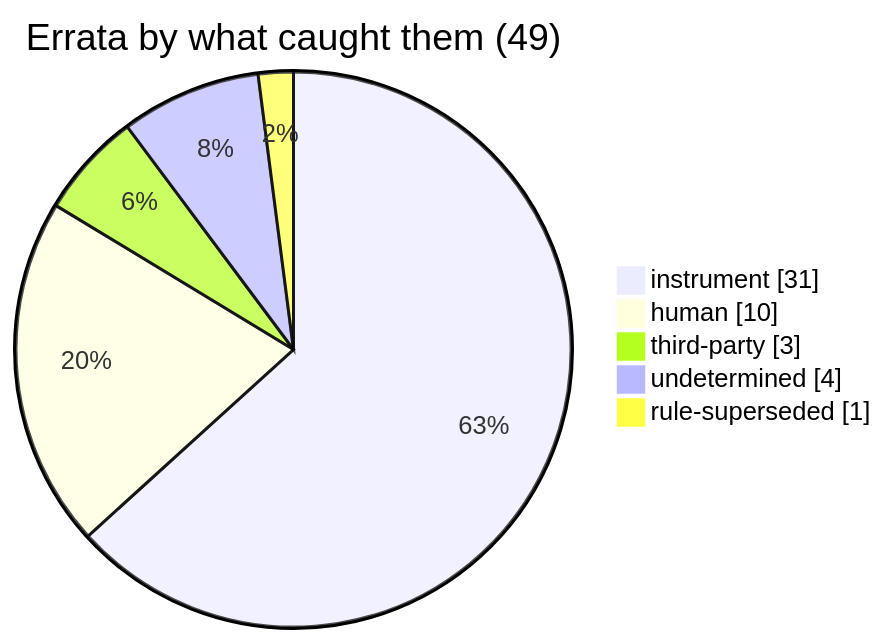
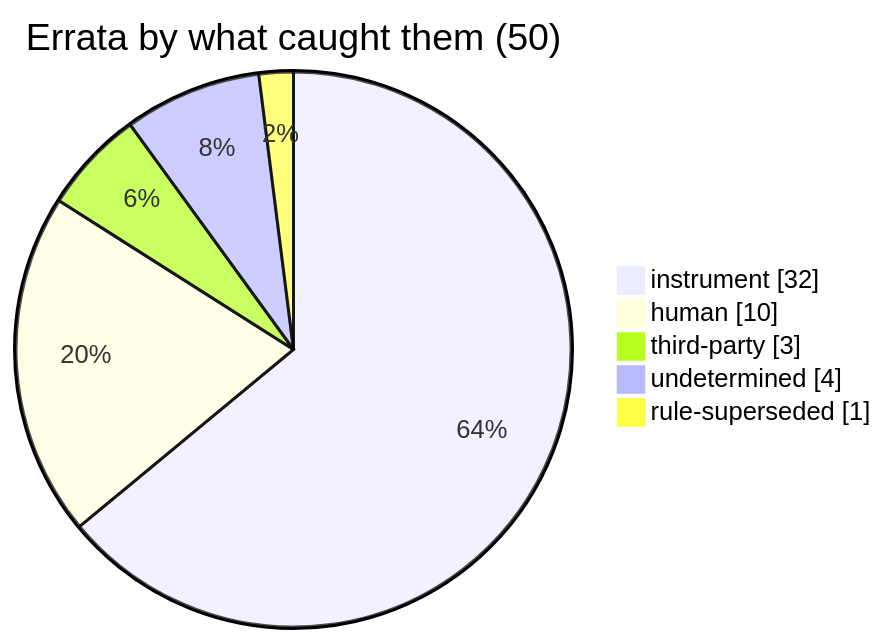
The diagram in ERRATA.md (avp9-nexus/nexus-art), drawn with Mermaid before and after one commit. The commit also changed other lines of this file and 1 other file, not shown here.

Commit message:
Regenerate the errata register: 50 rows, E50 added, table sorted newest first

````diff
--- a/ERRATA.md
+++ b/ERRATA.md
@@ -14,9 +14,9 @@
 ```mermaid
 pie showData
-    title Errata by what caught them (49)
-    "instrument" : 31
+    title Errata by what caught them (50)
+    "instrument" : 32
     "human" : 10
     "third-party" : 3
     "undetermined" : 4
     "rule-superseded" : 1
 ```
````
